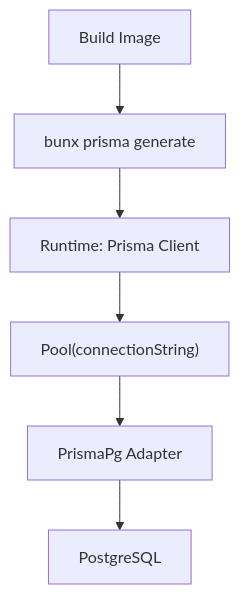
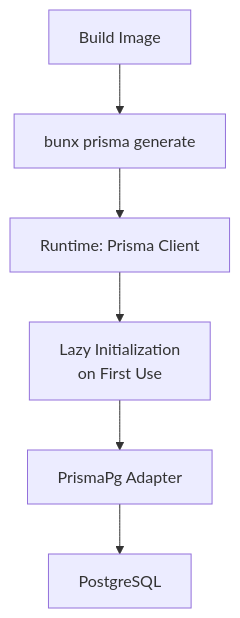
Before and after one commit to dkoukoul/escape-room-mvp: the seventh of 8 diagrams in .qoder/repowiki/en/content/Deployment & Operations.md, drawn with Mermaid. The commit also changed other lines of this file and 21 other files, not shown here.

````diff
--- a/.qoder/repowiki/en/content/Deployment & Operations.md
+++ b/.qoder/repowiki/en/content/Deployment & Operations.md
@@ -273,8 +316,8 @@
 ```mermaid
 flowchart TD
 Build["Build Image"] --> Gen["bunx prisma generate"]
 Gen --> Run["Runtime: Prisma Client"]
-Run --> Pool["Pool(connectionString)"]
-Pool --> Adapter["PrismaPg Adapter"]
-Adapter --> DB["PostgreSQL"]
+Run --> LazyInit["Lazy Initialization<br/>on First Use"]
+LazyInit --> Pool["PrismaPg Adapter"]
+Pool --> DB["PostgreSQL"]
 ```
````
